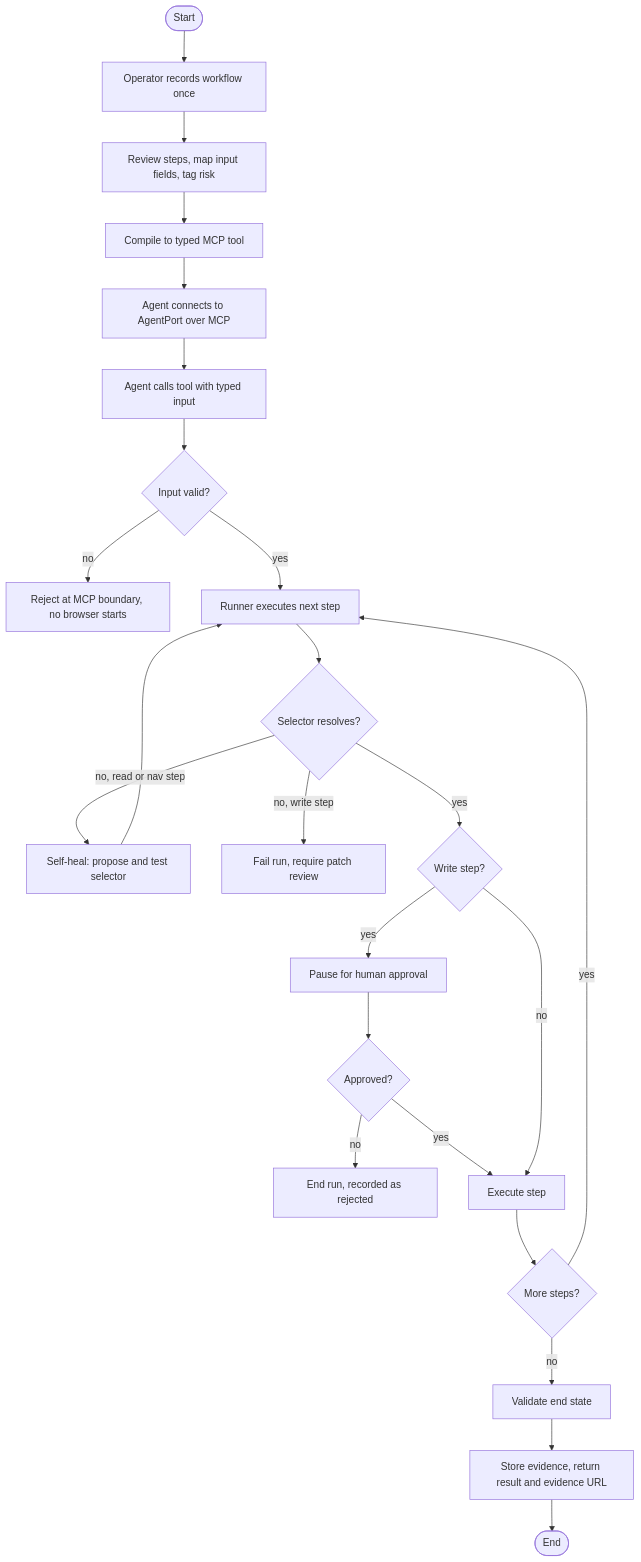
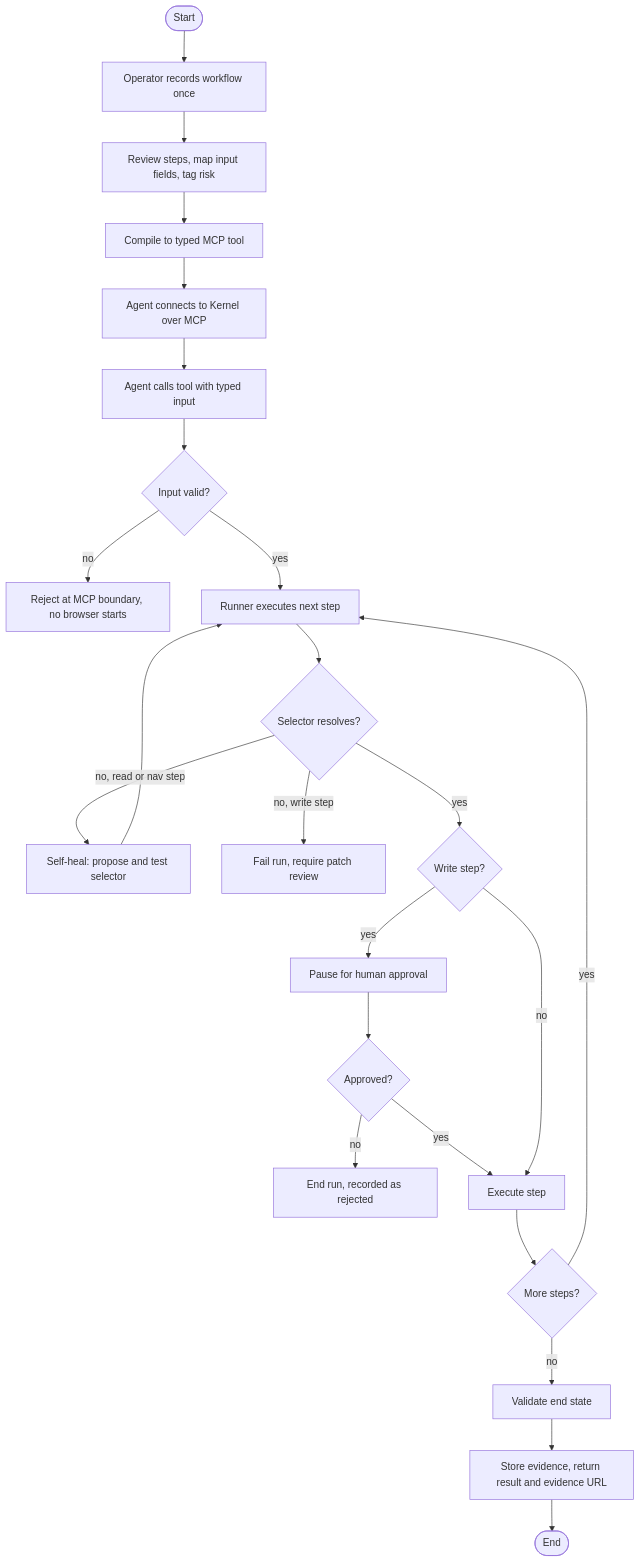
The diagram in README.md (My-Hackathon-Projects/Kernel), drawn with Mermaid before and after one commit. The commit also changed other lines of this file and 29 other files, not shown here.

````diff
--- a/README.md
+++ b/README.md
@@ -17,26 +17,26 @@
 ```mermaid
 flowchart TD
     Start([Start]) --> Rec["Operator records workflow once"]
     Rec --> Map["Review steps, map input fields, tag risk"]
     Map --> Comp["Compile to typed MCP tool"]
-    Comp --> Conn["Agent connects to AgentPort over MCP"]
+    Comp --> Conn["Agent connects to Kernel over MCP"]
     Conn --> Call["Agent calls tool with typed input"]
     Call --> Val0{"Input valid?"}
     Val0 -- no --> Rej0["Reject at MCP boundary, no browser starts"]
     Val0 -- yes --> Exec["Runner executes next step"]
     Exec --> Sel{"Selector resolves?"}
     Sel -->|"no, read or nav step"| Heal["Self-heal: propose and test selector"]
     Heal --> Exec
     Sel -->|"no, write step"| FailW["Fail run, require patch review"]
     Sel -- yes --> Risk{"Write step?"}
     Risk -- yes --> Appr["Pause for human approval"]
     Appr --> Dec{"Approved?"}
     Dec -- no --> RejW["End run, recorded as rejected"]
     Dec -- yes --> Do["Execute step"]
     Risk -- no --> Do
     Do --> More{"More steps?"}
     More -- yes --> Exec
     More -- no --> Validate["Validate end state"]
     Validate --> Evidence["Store evidence, return result and evidence URL"]
     Evidence --> End([End])
 ```
````
